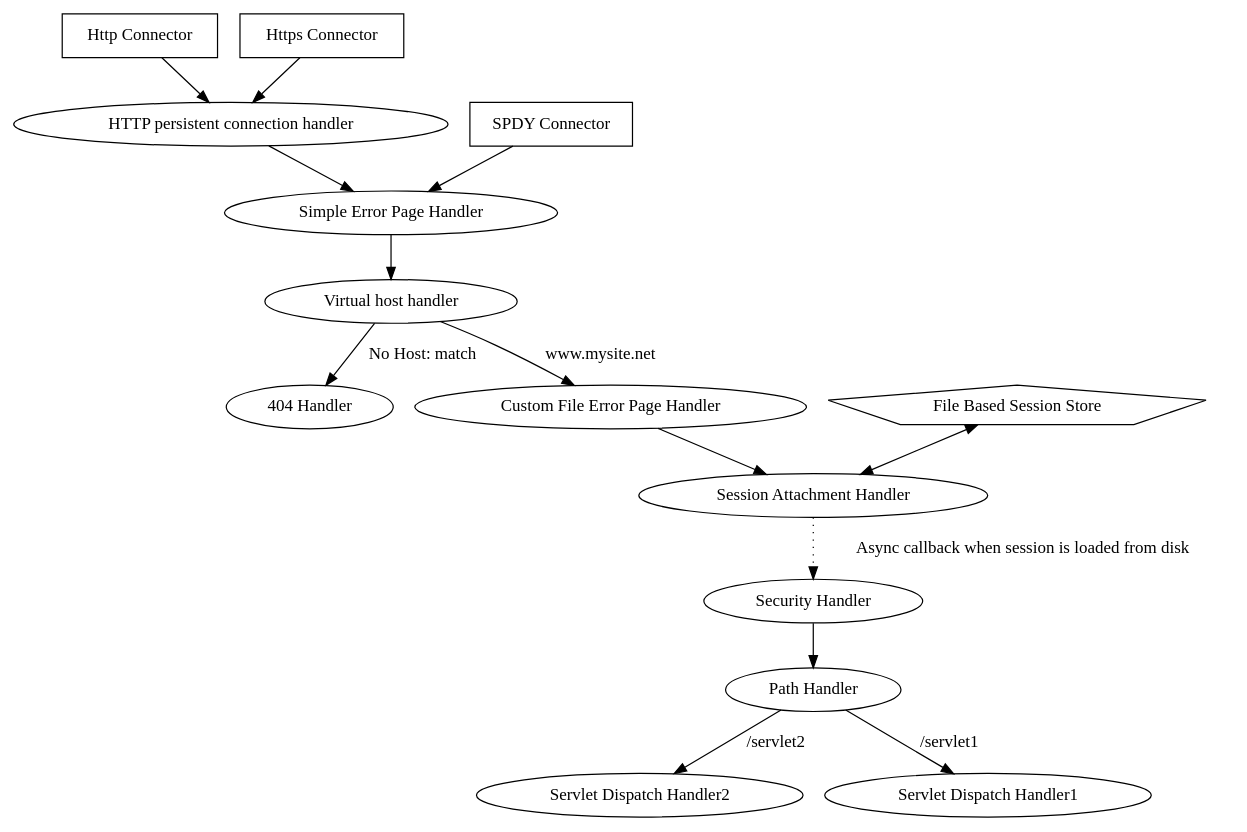
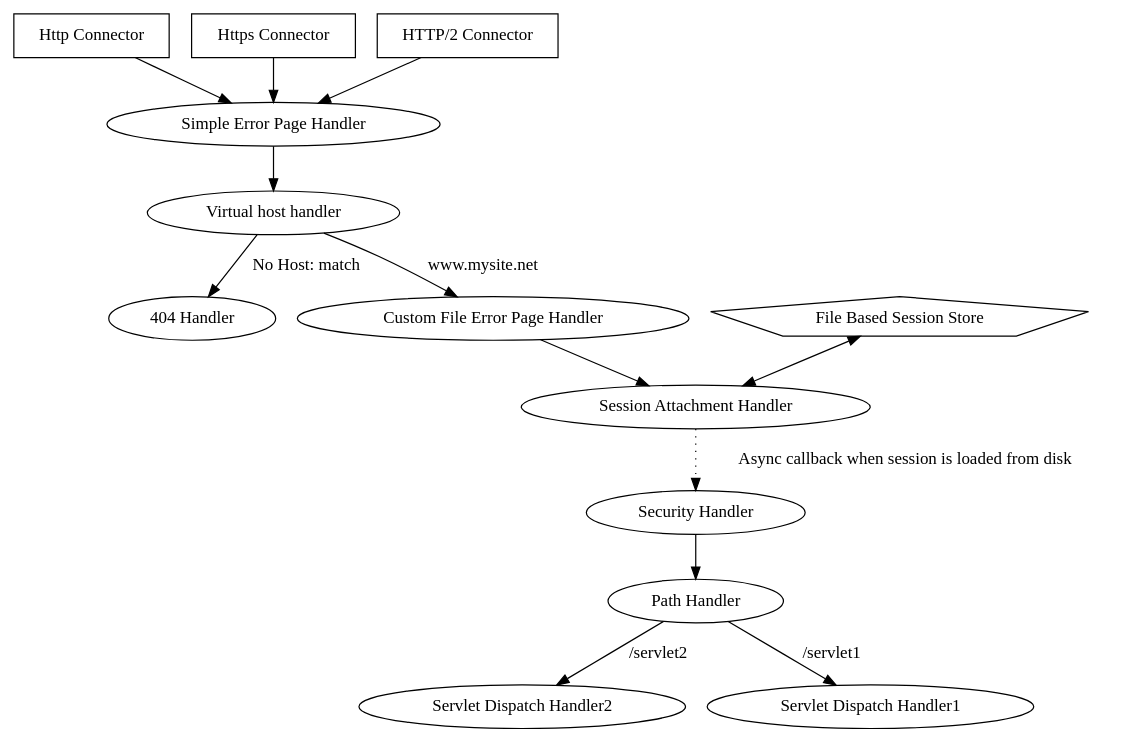
Before and after one commit to undertow-io/undertow-docs: the diagram in src/main/asciidoc/images/example.dot, drawn with Graphviz. The commit also changed 4 other files, not shown here.

```diff
--- a/src/main/asciidoc/images/example.dot
+++ b/src/main/asciidoc/images/example.dot
@@ -1,39 +1,38 @@
 digraph example {
 
 	shape="box";
 
     http[label="Http Connector", shape=box];
-    http_persistent_connection[label="HTTP persistent connection handler"];
     virtual_host[label="Virtual host handler"];
 
     https[label="Https Connector", shape=box];
-    spdy[label="SPDY Connector", shape=box];
+    http2[label="HTTP/2 Connector", shape=box];
 
     simple_error_page[label="Simple Error Page Handler"];
 
     response_404[label="404 Handler"];
 
     file_error_page[label="Custom File Error Page Handler"];
     session_handler[label="Session Attachment Handler"];
     file_based_session_store[label="File Based Session Store", shape=pentagon];
     security_handler[label="Security Handler"];
     path_handler[label="Path Handler"];
     servlet_dispatch_handler2[label="Servlet Dispatch Handler2"];
     servlet_dispatch_handler1[label="Servlet Dispatch Handler1"];
 
 
-    http -> http_persistent_connection -> simple_error_page;
-    https -> http_persistent_connection;
-    spdy -> simple_error_page;
+    http -> simple_error_page;
+    https -> simple_error_page;
+    http2 -> simple_error_page;
     simple_error_page -> virtual_host;
 
     virtual_host -> response_404 [label="No Host: match"];
     virtual_host -> file_error_page [label = "www.mysite.net"];
     file_error_page -> session_handler;
     file_based_session_store -> session_handler[dir=both];
     session_handler -> security_handler [style=dotted, label="Async callback when session is loaded from disk"];
     security_handler -> path_handler;
     path_handler -> servlet_dispatch_handler1[label="/servlet1"];
     path_handler -> servlet_dispatch_handler2[label="/servlet2"];
 
 }
```
